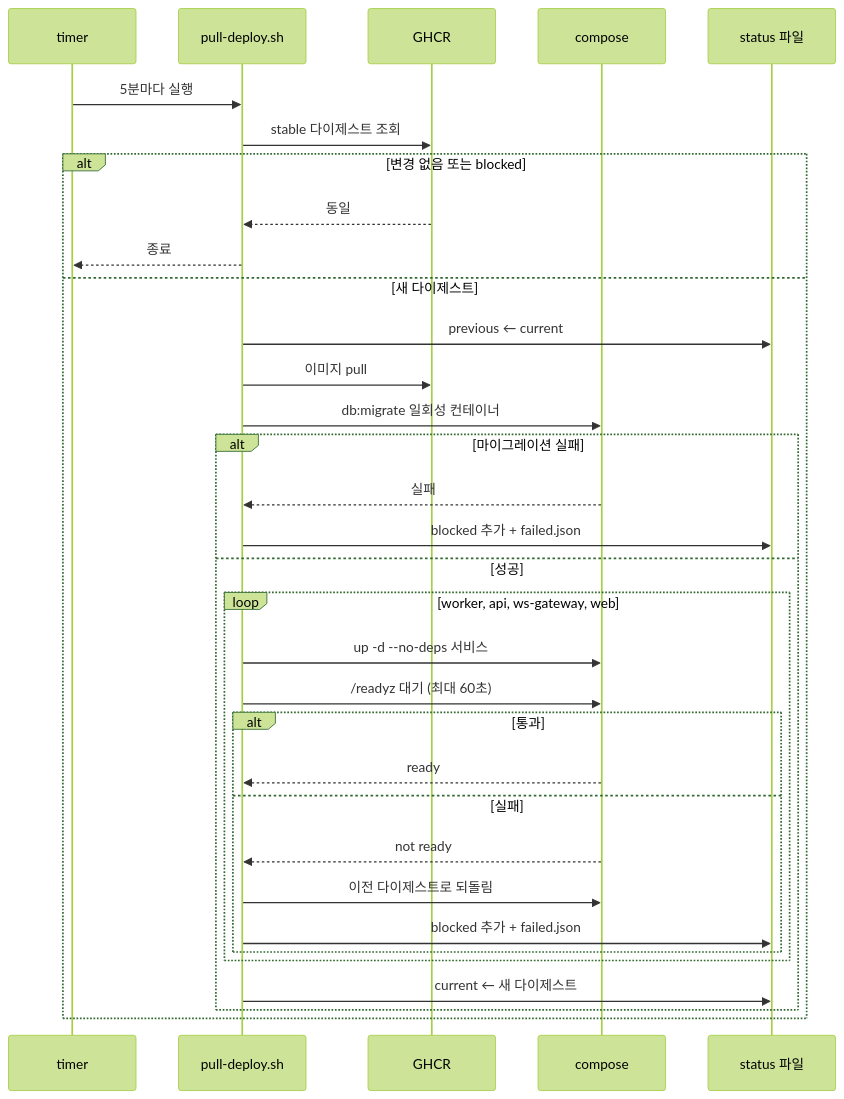
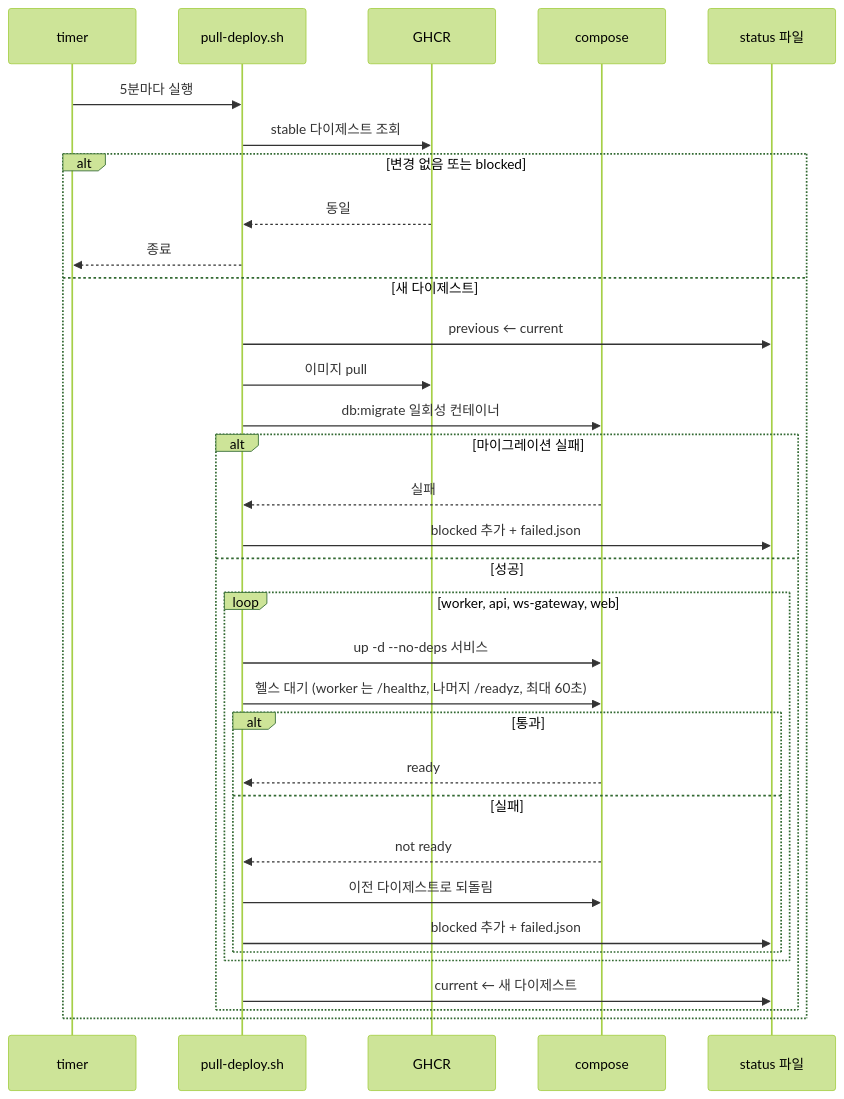
One commit to 1985jwlee/portpolio_backend changed diagram 26 of 34 in docs/design/features/17-ops-observability.md. Above: the diagram before and after it, drawn with Mermaid (forest theme). The commit also changed other lines of this file and 33 other files, not shown here.

````diff
--- a/docs/design/features/17-ops-observability.md
+++ b/docs/design/features/17-ops-observability.md
@@ -1442,35 +1493,35 @@
 ```mermaid
 sequenceDiagram
     participant TM as timer
     participant PD as pull-deploy.sh
     participant R as GHCR
     participant C as compose
     participant S as status 파일
     TM->>PD: 5분마다 실행
     PD->>R: stable 다이제스트 조회
     alt 변경 없음 또는 blocked
         R-->>PD: 동일
         PD-->>TM: 종료
     else 새 다이제스트
         PD->>S: previous ← current
         PD->>R: 이미지 pull
         PD->>C: db:migrate 일회성 컨테이너
         alt 마이그레이션 실패
             C-->>PD: 실패
             PD->>S: blocked 추가 + failed.json
         else 성공
             loop worker, api, ws-gateway, web
                 PD->>C: up -d --no-deps 서비스
-                PD->>C: /readyz 대기 (최대 60초)
+                PD->>C: 헬스 대기 (worker 는 /healthz, 나머지 /readyz, 최대 60초)
                 alt 통과
                     C-->>PD: ready
                 else 실패
                     C-->>PD: not ready
                     PD->>C: 이전 다이제스트로 되돌림
                     PD->>S: blocked 추가 + failed.json
                 end
             end
             PD->>S: current ← 새 다이제스트
         end
     end
 ```
````
